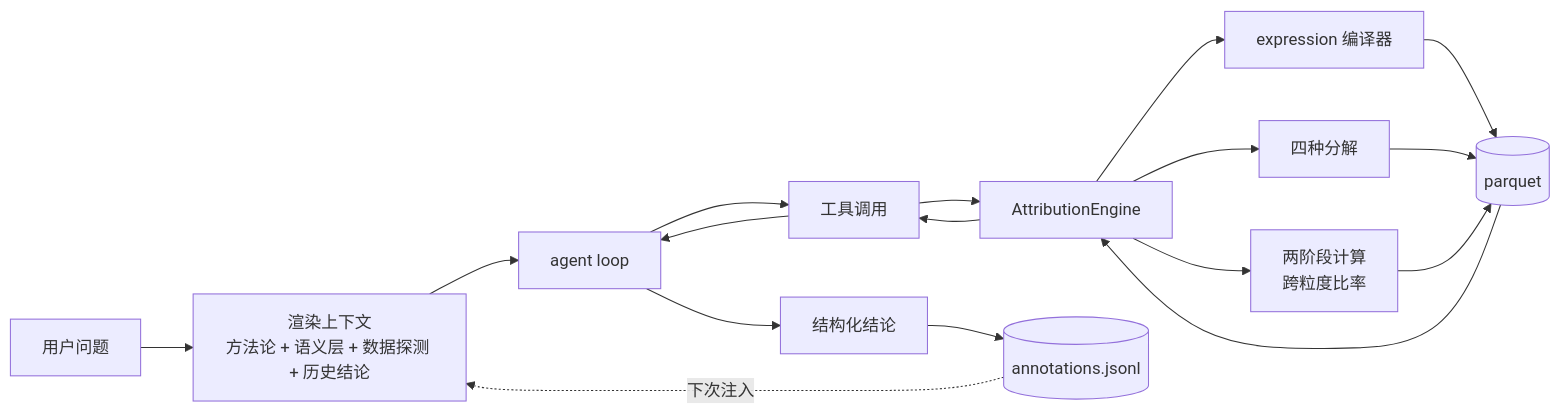
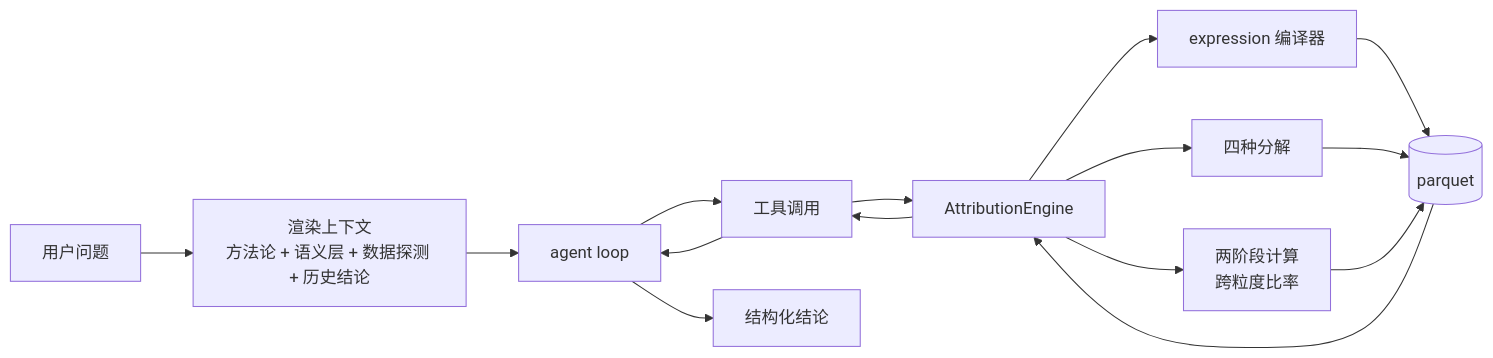
The second of 2 diagrams in docs/REUSE_DESIGN.md (HedgeLinn/bi-attribution-agent), drawn with Mermaid before and after one commit. The commit also changed other lines of this file and 12 other files, not shown here.

````diff
--- a/docs/REUSE_DESIGN.md
+++ b/docs/REUSE_DESIGN.md
@@ -204,19 +200,17 @@
 ```mermaid
 flowchart LR
   Q[用户问题] --> C[渲染上下文<br/>方法论 + 语义层 + 数据探测 + 历史结论]
   C --> L[agent loop]
   L --> T[工具调用]
   T --> E[AttributionEngine]
   E --> X[expression 编译器]
   E --> DC[四种分解]
   E --> TS[两阶段计算<br/>跨粒度比率]
   X --> D[(parquet)]
   DC --> D
   TS --> D
   D --> E
   E --> T
   T --> L
   L --> R[结构化结论]
-  R --> A[(annotations.jsonl)]
-  A -.下次注入.-> C
 ```
````
